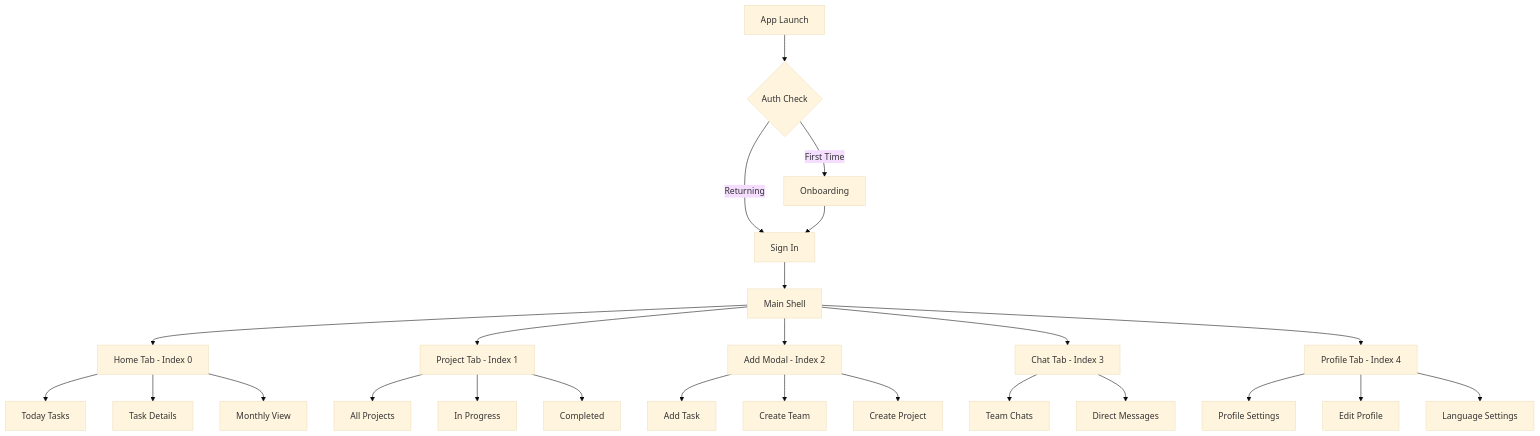
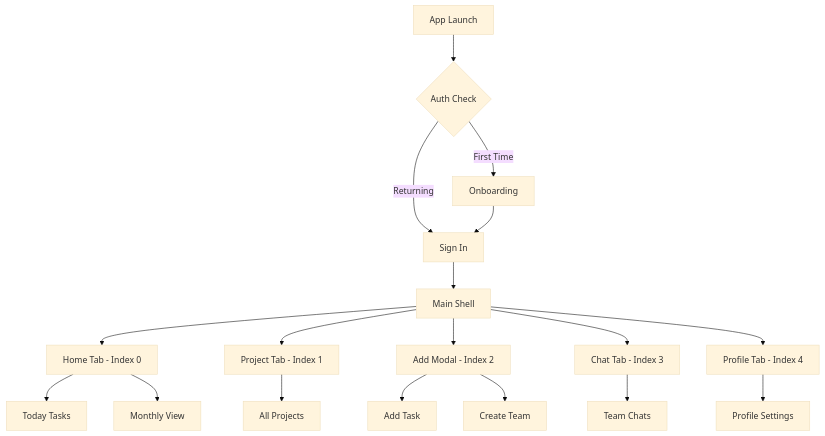
Before and after one commit to peerasak-u/taskcy: the second of 2 diagrams in README.md, drawn with Mermaid (base theme). The commit also changed other lines of this file, not shown here.

Commit message:
doc: update diagram

````diff
--- a/README.md
+++ b/README.md
@@ -61,33 +50,26 @@
 ```mermaid
 graph TD
     A[App Launch] --> B{Auth Check}
     B -->|First Time| C[Onboarding]
     B -->|Returning| D[Sign In]
     C --> D
     D --> E[Main Shell]
 
     E --> F[Home Tab - Index 0]
     E --> G[Project Tab - Index 1]
     E --> H[Add Modal - Index 2]
     E --> I[Chat Tab - Index 3]
     E --> J[Profile Tab - Index 4]
 
     F --> F1[Today Tasks]
-    F --> F2[Task Details]
     F --> F3[Monthly View]
 
     G --> G1[All Projects]
-    G --> G2[In Progress]
-    G --> G3[Completed]
 
     H --> H1[Add Task]
     H --> H2[Create Team]
-    H --> H3[Create Project]
 
     I --> I1[Team Chats]
-    I --> I2[Direct Messages]
 
     J --> J1[Profile Settings]
-    J --> J2[Edit Profile]
-    J --> J3[Language Settings]
 ```
````
